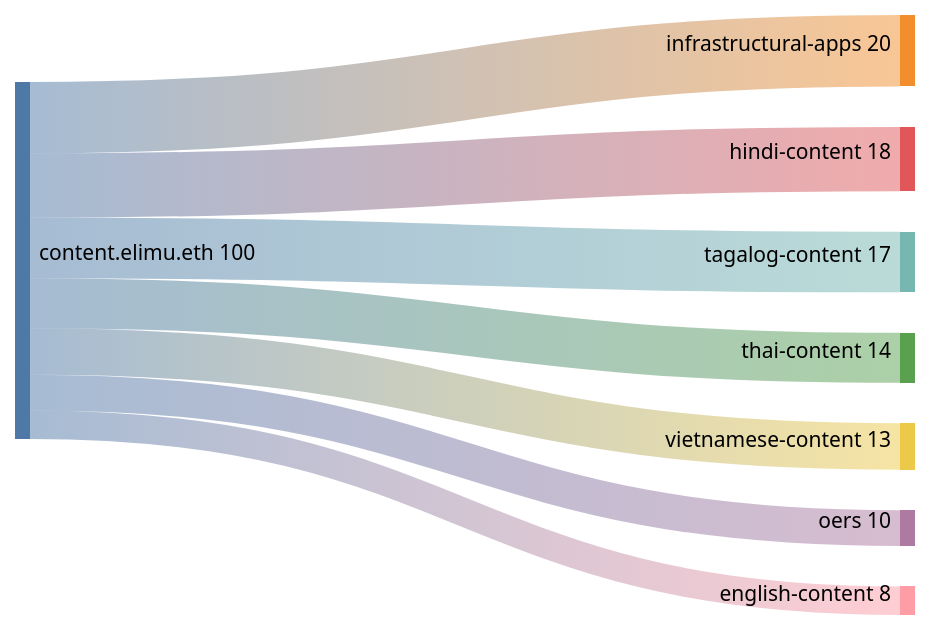
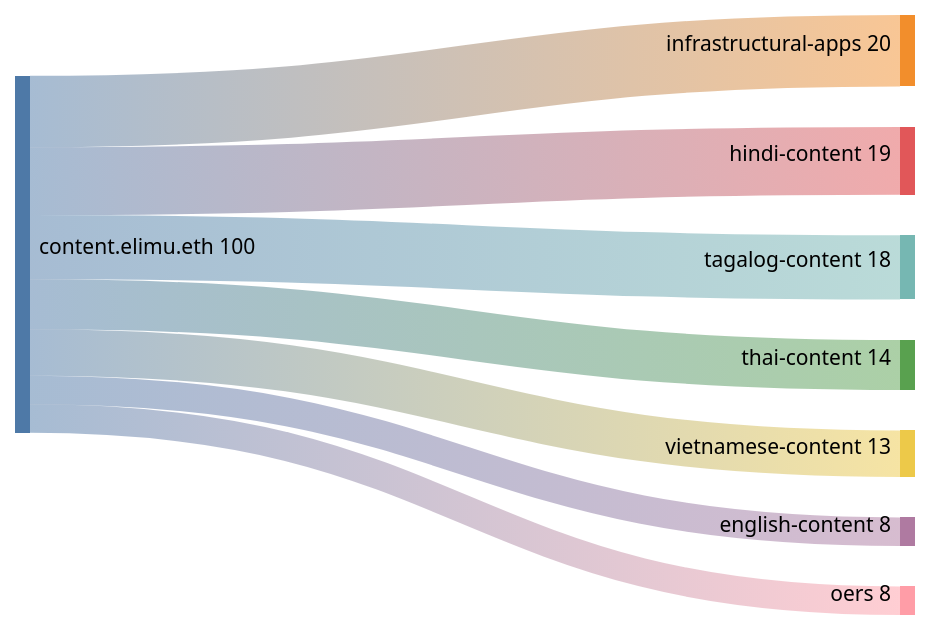
One commit to elimu-ai/web3-wiki changed the first of 3 diagrams in DRIP_LIST_FUNDING_SPLITS.md. Above: the diagram before and after it, drawn with Mermaid (forest theme).

Commit message:
Update DRIP_LIST_FUNDING_SPLITS.md
#66

````diff
--- a/DRIP_LIST_FUNDING_SPLITS.md
+++ b/DRIP_LIST_FUNDING_SPLITS.md
@@ -22,12 +22,12 @@
 ```mermaid
 sankey-beta
 
 %% source,target,value
 content.elimu.eth,infrastructural-apps,20
-content.elimu.eth,hindi-content,18
-content.elimu.eth,tagalog-content,17
+content.elimu.eth,hindi-content,19
+content.elimu.eth,tagalog-content,18
 content.elimu.eth,thai-content,14
 content.elimu.eth,vietnamese-content,13
-content.elimu.eth,oers,10
 content.elimu.eth,english-content,8
+content.elimu.eth,oers,8
 ```
````
